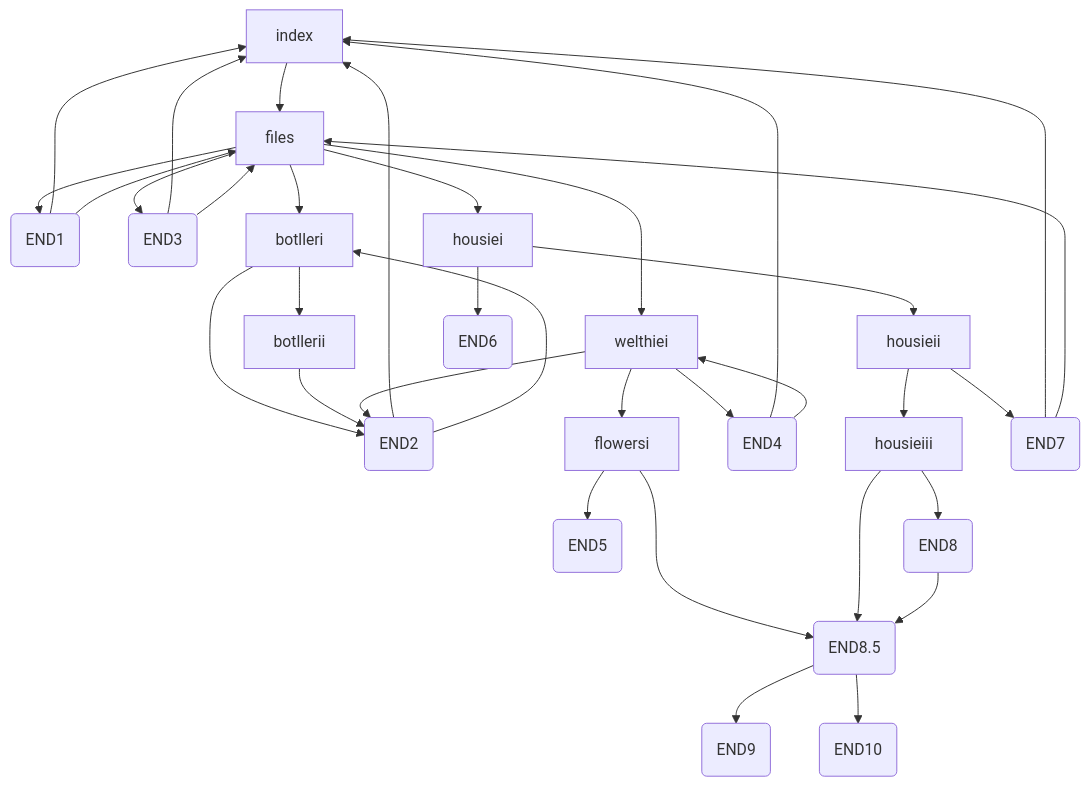
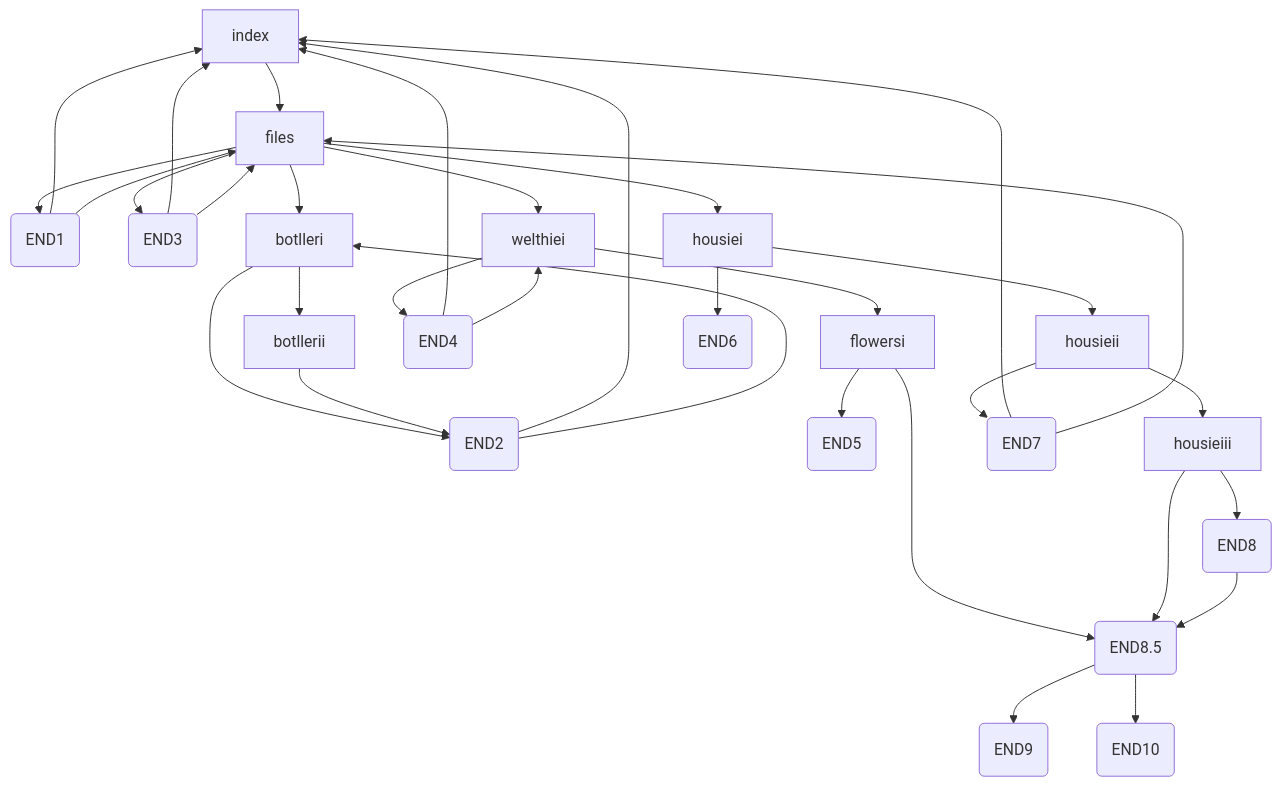
Before and after one commit to rgbhsl/detective-flowers: the diagram in README.md, drawn with Mermaid. The commit also changed 1 other file, not shown here.

````diff
--- a/README.md
+++ b/README.md
@@ -20,34 +20,34 @@
 ```mermaid
 
 graph TD;
     index --> files
     files --> shef1(END1) & gardner1(END3) & housiei & botlleri & welthiei
 
 %%Shef, 1 ending
     shef1(END1) --> index & files
 
 %%Botller, 1 ending
     botlleri --> botllerii & botller1
     botllerii --> botller1(END2) --> index & botlleri
 
 %%Gardner, 1 ending
     gardner1(END3) --> index & files
 
 %%Welthie, 1 ending
-    welthiei --> flowersi & welthie1 & botller1
+    welthiei --> flowersi & welthie1
     welthie1(END4) --> index & welthiei
 
 %%Flowers, 2 endings
     flowersi --> flowers1(END5) & index1(END8.5)
     housiei --> housieii & flowers2(END6)
 
 %%Housie, 2 endings
     housieii --> housieiii & housie1(END7)
     housieiii --> index1(END8.5) & housie2(END8)
     housie1(END7) --> index & files
     housie2(END8) --> index1(END8.5)
 
 %%Index (2 secret endings)
  index1(END8.5) --> truth(END9) & victory(END10)
  
 ```
````
